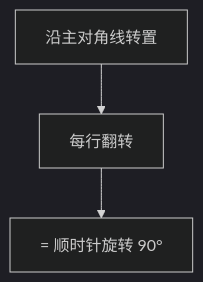
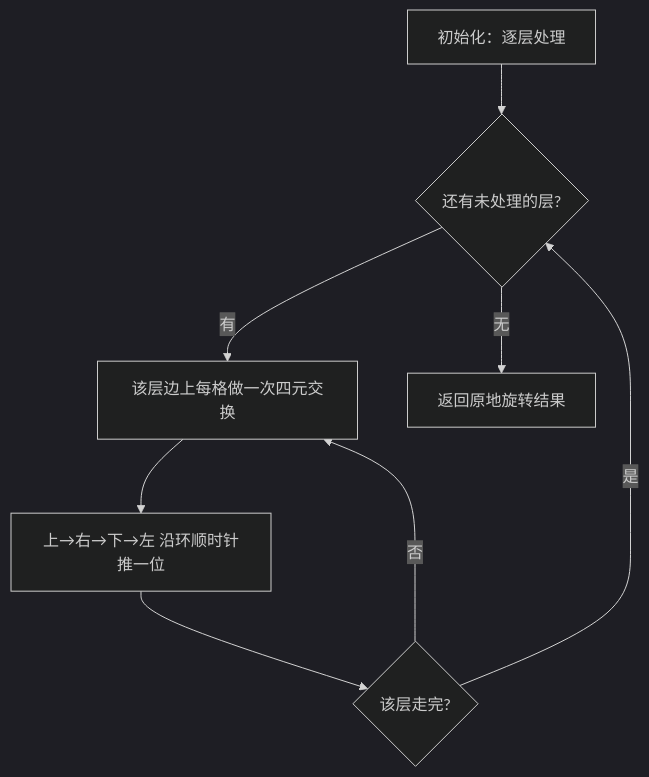
One commit to OctalZero/hot100-py changed the first of 2 diagrams in 06-矩阵/0048-旋转图像.md. Above: the diagram before and after it, drawn with Mermaid (dark theme). The commit also changed other lines of this file and 117 other files, not shown here.

First line of the commit message:
feat: 全题解配图升级为「动画式 mermaid」（总览骨架 + 横向时间线逐步推演）

````diff
--- a/06-矩阵/0048-旋转图像.md
+++ b/06-矩阵/0048-旋转图像.md
@@ -22,5 +22,10 @@
 ```mermaid
 flowchart TD
-    A["沿主对角线转置"] --> B["每行翻转"]
-    B --> C["= 顺时针旋转 90°"]
+    A["初始化：逐层处理"] --> B{"还有未处理的层?"}
+    B -->|"有"| C["该层边上每格做一次四元交换"]
+    C --> D["上→右→下→左 沿环顺时针推一位"]
+    D --> E{"该层走完?"}
+    E -->|"否"| C
+    E -->|"是"| B
+    B -->|"无"| F["返回原地旋转结果"]
 ```
````
